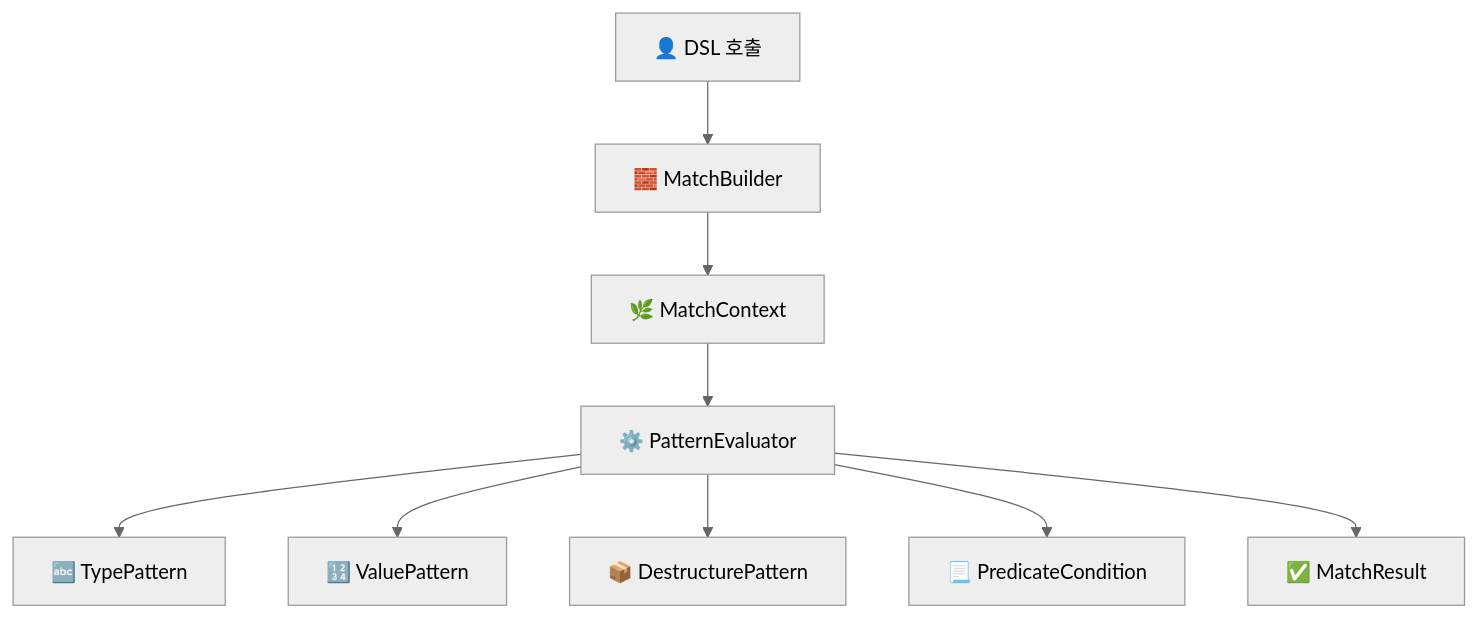
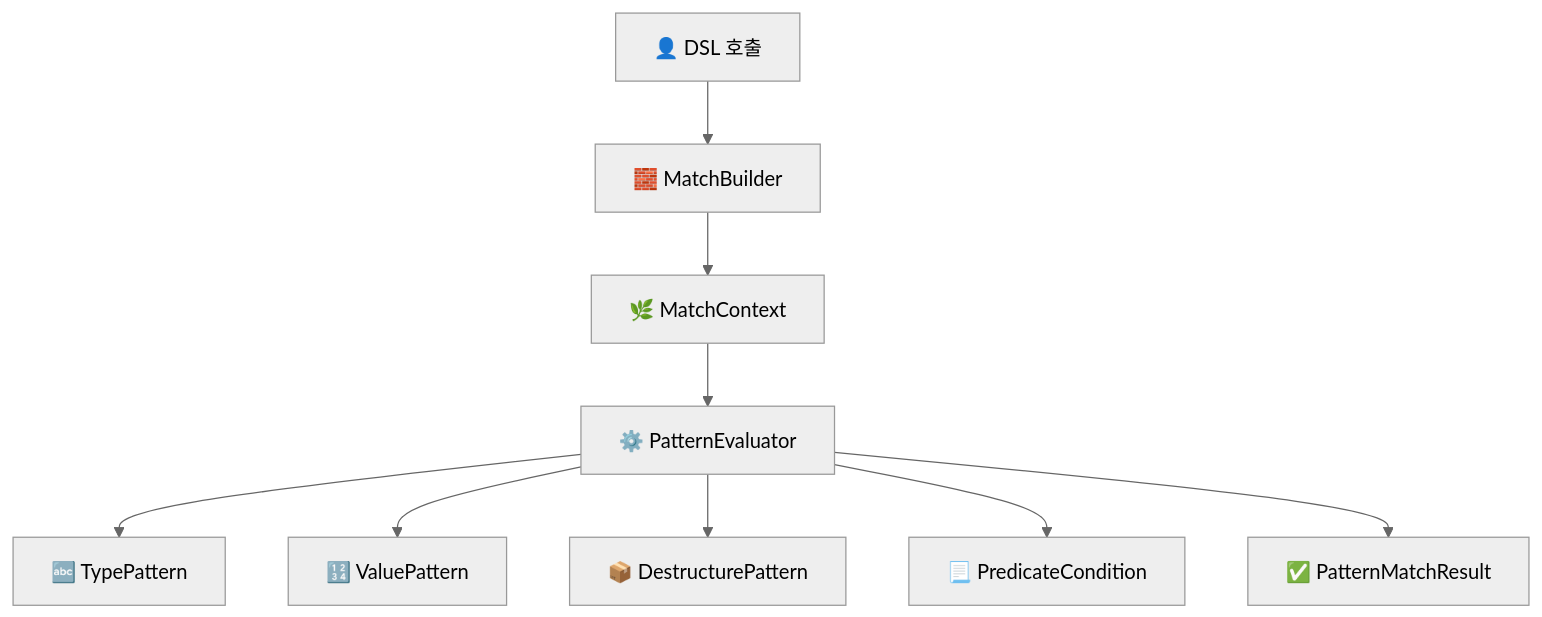
Before and after one commit to Acacian/kt-pattern: the diagram in README.md, drawn with Mermaid (neutral theme). The commit also changed other lines of this file, not shown here.

````diff
--- a/README.md
+++ b/README.md
@@ -117,19 +118,19 @@
 ```mermaid
 graph TD
     User["👤 DSL 호출"]
     MB["🧱 MatchBuilder"]
     CTX["🌿 MatchContext"]
     EVAL["⚙️ PatternEvaluator"]
     TP["🔤 TypePattern"]
     VP["🔢 ValuePattern"]
     DP["📦 DestructurePattern"]
     PC["📃 PredicateCondition"]
-    MR["✅ MatchResult"]
+    MR["✅ PatternMatchResult"]
 
     User --> MB --> CTX --> EVAL
     EVAL --> TP
     EVAL --> VP
     EVAL --> DP
     EVAL --> PC
     EVAL --> MR
 ```
````
